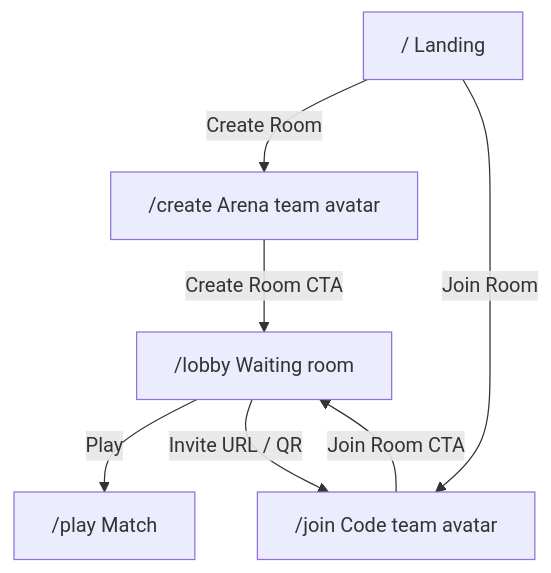
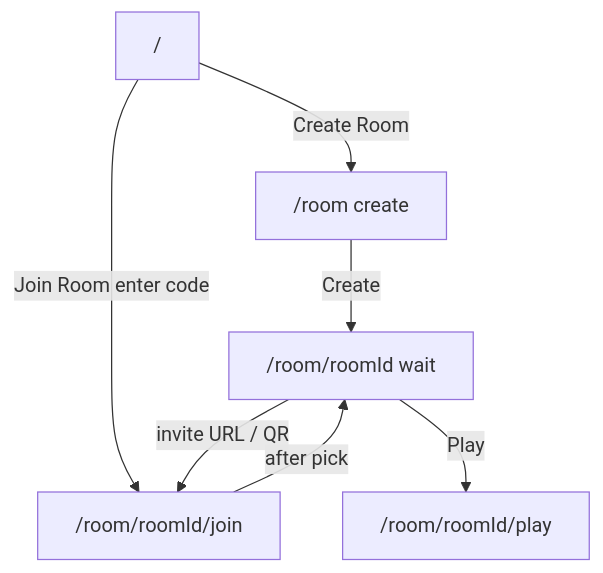
The diagram in specs/us-7/design.md (MaxiGarcia13/conter-strai), drawn with Mermaid before and after one commit. The commit also changed other lines of this file and 4 other files, not shown here.

Commit message:
refactor: Revise routing structure for match lobby to implement room-centric paths and enhance session management for create/join functionality

````diff
--- a/specs/us-7/design.md
+++ b/specs/us-7/design.md
@@ -9,15 +9,15 @@
 ```mermaid
 flowchart TD
-  Landing["/ Landing"]
-  Create["/create Arena team avatar"]
-  Join["/join Code team avatar"]
-  Lobby["/lobby Waiting room"]
-  Play["/play Match"]
+  Landing["/"]
+  Create["/room create"]
+  Wait["/room/roomId wait"]
+  Join["/room/roomId/join"]
+  Play["/room/roomId/play"]
 
   Landing -->|"Create Room"| Create
-  Landing -->|"Join Room"| Join
-  Create -->|"Create Room CTA"| Lobby
-  Join -->|"Join Room CTA"| Lobby
-  Lobby -->|"Play"| Play
-  Lobby -->|"Invite URL / QR"| Join
+  Landing -->|"Join Room enter code"| Join
+  Create -->|"Create"| Wait
+  Join -->|"after pick"| Wait
+  Wait -->|"invite URL / QR"| Join
+  Wait -->|"Play"| Play
 ```
````
